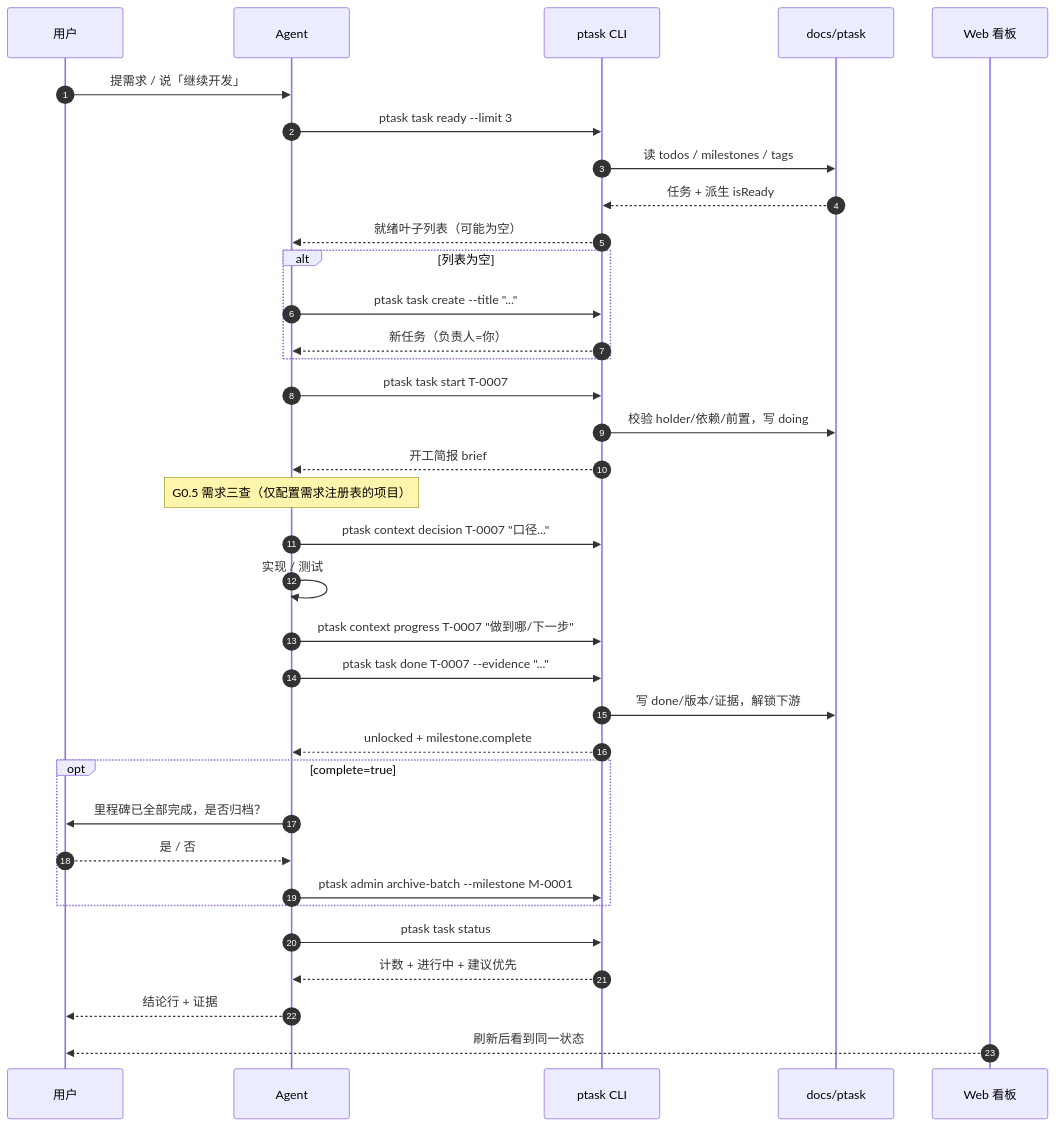
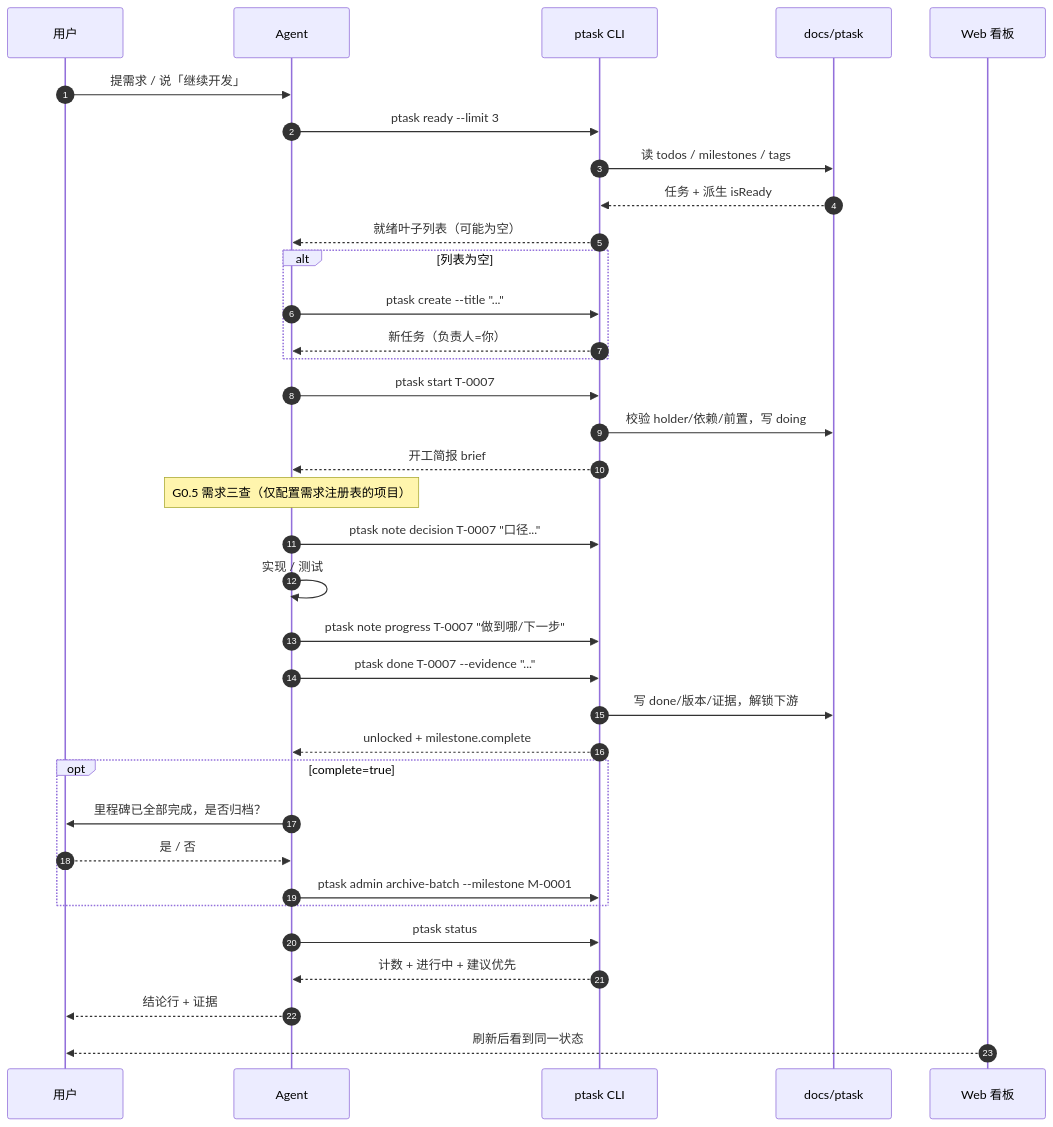
Before and after one commit to OptimisticGeek/dsh-project-todo: the second of 5 diagrams in docs/HELP.md, drawn with Mermaid. The commit also changed other lines of this file and 5 other files, not shown here.

First line of the commit message:
docs: v4.0.0 改名与渐进式视图文档

````diff
--- a/docs/HELP.md
+++ b/docs/HELP.md
@@ -128,38 +128,38 @@
 ```mermaid
 sequenceDiagram
   autonumber
   participant U as 用户
   participant A as Agent
   participant P as ptask CLI
   participant F as docs/ptask
   participant W as Web 看板
 
   U->>A: 提需求 / 说「继续开发」
-  A->>P: ptask task ready --limit 3
+  A->>P: ptask ready --limit 3
   P->>F: 读 todos / milestones / tags
   F-->>P: 任务 + 派生 isReady
   P-->>A: 就绪叶子列表（可能为空）
   alt 列表为空
-    A->>P: ptask task create --title "..."
+    A->>P: ptask create --title "..."
     P-->>A: 新任务（负责人=你）
   end
-  A->>P: ptask task start T-0007
+  A->>P: ptask start T-0007
   P->>F: 校验 holder/依赖/前置，写 doing
   P-->>A: 开工简报 brief
   Note over A: G0.5 需求三查（仅配置需求注册表的项目）
-  A->>P: ptask context decision T-0007 "口径..."
+  A->>P: ptask note decision T-0007 "口径..."
   A->>A: 实现 / 测试
-  A->>P: ptask context progress T-0007 "做到哪/下一步"
-  A->>P: ptask task done T-0007 --evidence "..."
+  A->>P: ptask note progress T-0007 "做到哪/下一步"
+  A->>P: ptask done T-0007 --evidence "..."
   P->>F: 写 done/版本/证据，解锁下游
   P-->>A: unlocked + milestone.complete
   opt complete=true
     A->>U: 里程碑已全部完成，是否归档？
     U-->>A: 是 / 否
     A->>P: ptask admin archive-batch --milestone M-0001
   end
-  A->>P: ptask task status
+  A->>P: ptask status
   P-->>A: 计数 + 进行中 + 建议优先
   A-->>U: 结论行 + 证据
   W-->>U: 刷新后看到同一状态
 ```
````
